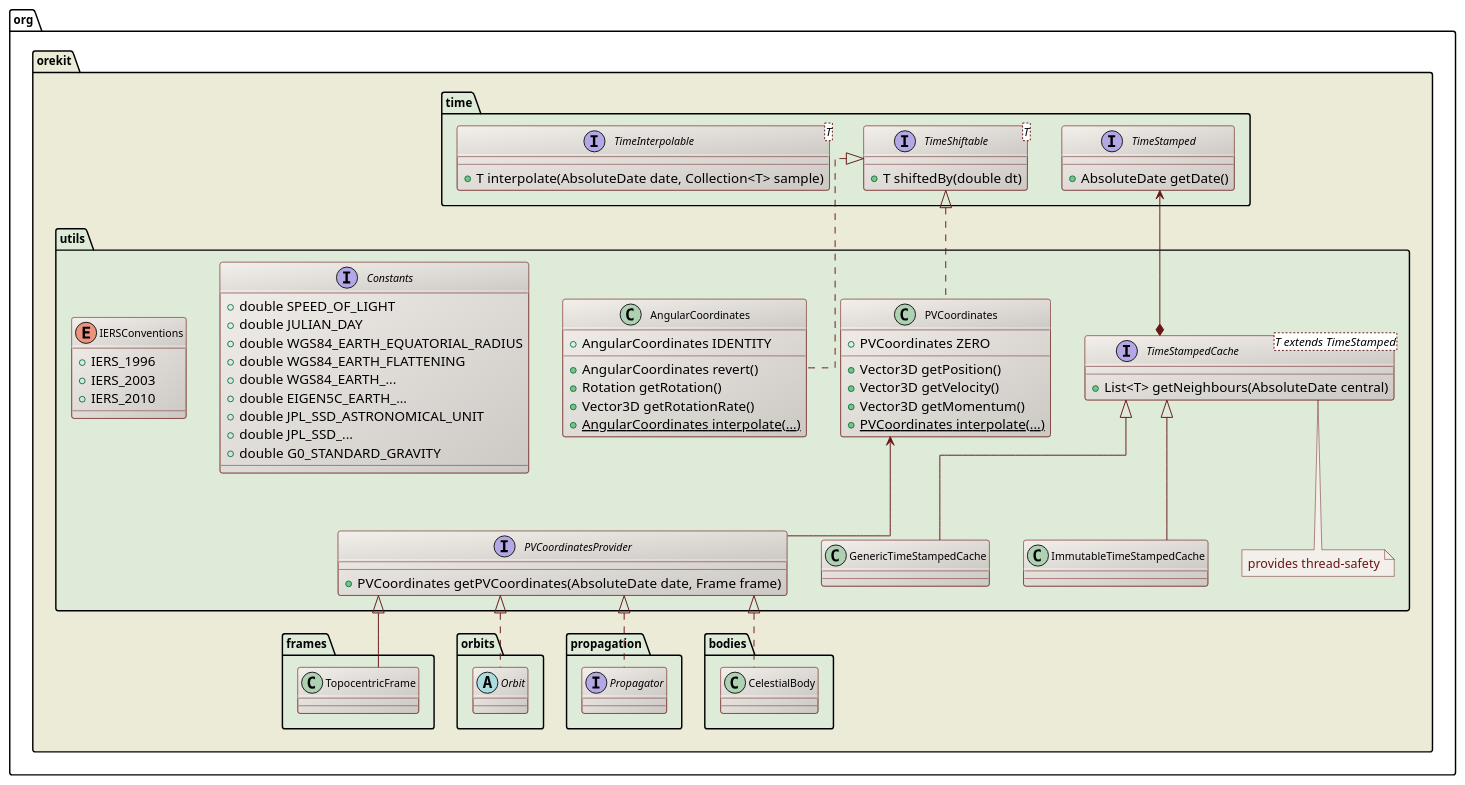
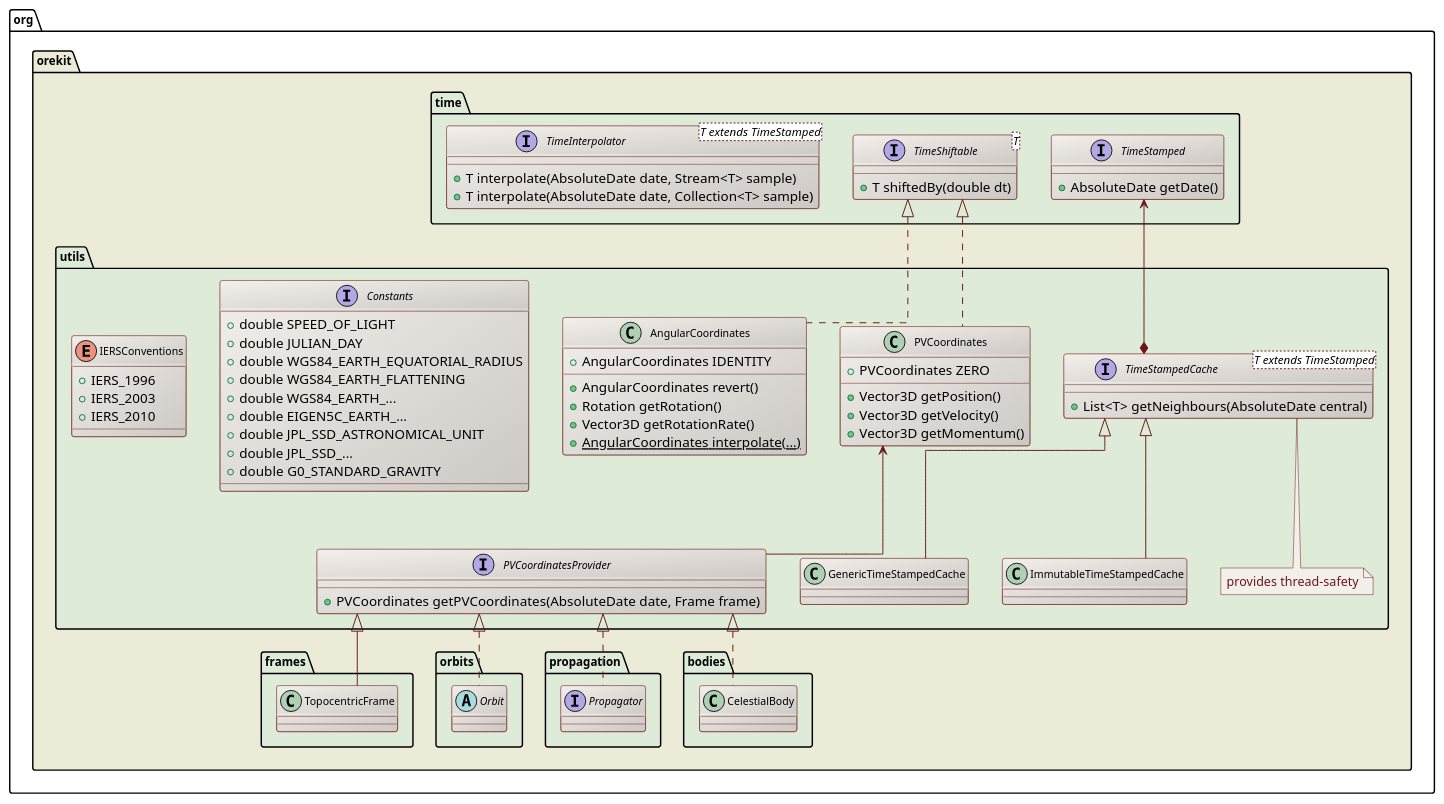
One commit to CS-SI/Orekit changed the diagram in src/design/utils-class-diagram.puml. Above: the diagram before and after it, drawn with PlantUML. The commit also changed 6 other files, not shown here.

Commit message:
Fixed 1563: Updated design UML diagrams

```diff
--- a/src/design/utils-class-diagram.puml
+++ b/src/design/utils-class-diagram.puml
@@ -17,106 +17,106 @@
 @startuml
 
   skinparam svek                  true
   skinparam ClassBackgroundColor  #F3EFEB/CCC9C5
   skinparam ClassArrowColor       #691616
   skinparam ClassBorderColor      #691616
   skinparam NoteBackgroundColor   #F3EFEB
   skinparam NoteBorderColor       #691616
   skinparam NoteFontColor         #691616
   skinparam ClassFontSize         11
   skinparam PackageFontSize       12
   skinparam linetype              ortho
 
   package org.orekit #ECEBD8 {
 
     package time #DDEBD8 {
       interface TimeStamped {
         +AbsoluteDate getDate()
       }
       interface "TimeShiftable<T>" as TimeShiftable_T_ {
         +T shiftedBy(double dt)
       }
-      interface "TimeInterpolable<T>" as TimeInterpolable_T_ {
+      interface "TimeInterpolator<T extends TimeStamped>" as TimeInterpolable_T_ {
+        +T interpolate(AbsoluteDate date, Stream<T> sample)
         +T interpolate(AbsoluteDate date, Collection<T> sample)
       }
     }
 
     package utils #DDEBD8 {
 
       interface "TimeStampedCache<T extends TimeStamped>" as TimeStamptedCache_T_ {
         +List<T> getNeighbours(AbsoluteDate central)
       }
       note bottom
         provides thread-safety
       end note
       TimeStamped <--* TimeStamptedCache_T_
-       TimeStamptedCache_T_ <|-- GenericTimeStampedCache  
+       TimeStamptedCache_T_ <|-- GenericTimeStampedCache
        TimeStamptedCache_T_ <|-- ImmutableTimeStampedCache
 
       class PVCoordinates {
         +PVCoordinates ZERO
         +Vector3D getPosition()
         +Vector3D getVelocity()
         +Vector3D getMomentum()
-        +{static} PVCoordinates interpolate(...)
       }
 
       interface PVCoordinatesProvider {
         +PVCoordinates getPVCoordinates(AbsoluteDate date, Frame frame)
       }
 
       class AngularCoordinates {
         +AngularCoordinates IDENTITY
         +AngularCoordinates revert()
         +Rotation getRotation()
         +Vector3D getRotationRate()
         +{static} AngularCoordinates interpolate(...)
       }
 
       PVCoordinatesProvider -up-> PVCoordinates
       TimeShiftable_T_      <|..  PVCoordinates
       TimeShiftable_T_      <|..  AngularCoordinates
 
       interface Constants {
         +double SPEED_OF_LIGHT
         +double JULIAN_DAY
         +double WGS84_EARTH_EQUATORIAL_RADIUS
         +double WGS84_EARTH_FLATTENING
         +double WGS84_EARTH_...
         +double EIGEN5C_EARTH_...
         +double JPL_SSD_ASTRONOMICAL_UNIT
         +double JPL_SSD_...
         +double G0_STANDARD_GRAVITY
       }
 
       enum IERSConventions {
         +IERS_1996
         +IERS_2003
         +IERS_2010
       }
 
     }
 
     package frames #DDEBD8 {
       class TopocentricFrame
       PVCoordinatesProvider <|-- TopocentricFrame
    }
 
     package orbits #DDEBD8 {
       abstract class Orbit
       PVCoordinatesProvider <|.. Orbit
     }
 
     package propagation #DDEBD8 {
       interface Propagator
       PVCoordinatesProvider <|.. Propagator
     }
 
     package bodies #DDEBD8 {
       class CelestialBody
       PVCoordinatesProvider <|.. CelestialBody
     }
 
  }
 
 @enduml
```
